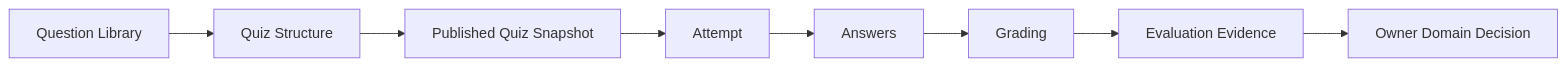
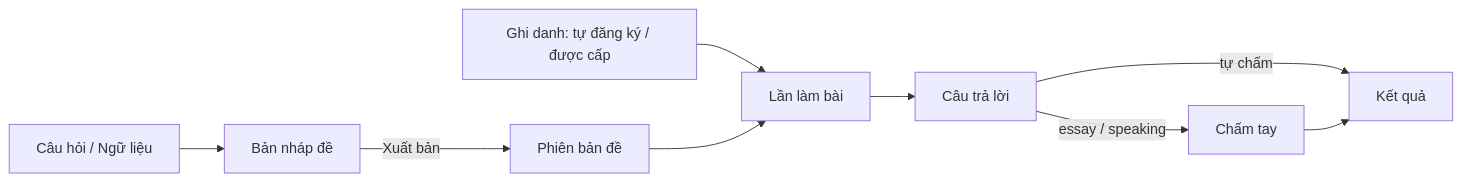
Before and after one commit to tiemtt-ai/lf: the second of 2 diagrams in docs/database/assessment/README.md, drawn with Mermaid. The commit also changed other lines of this file and 158 other files, not shown here.

````diff
--- a/docs/database/assessment/README.md
+++ b/docs/database/assessment/README.md
@@ -116,10 +119,10 @@
 ```mermaid
 flowchart LR
-    A[Question Library] --> B[Quiz Structure]
-    B --> C[Published Quiz Snapshot]
-    C --> D[Attempt]
-    D --> E[Answers]
-    E --> F[Grading]
-    F --> G[Evaluation Evidence]
-    G --> H[Owner Domain Decision]
+    A[Câu hỏi / Ngữ liệu] --> B[Bản nháp đề]
+    B -->|Xuất bản| C[Phiên bản đề]
+    D[Ghi danh: tự đăng ký / được cấp] --> E[Lần làm bài]
+    C --> E
+    E --> F[Câu trả lời]
+    F -->|tự chấm| G[Kết quả]
+    F -->|essay / speaking| H[Chấm tay] --> G
 ```
````
